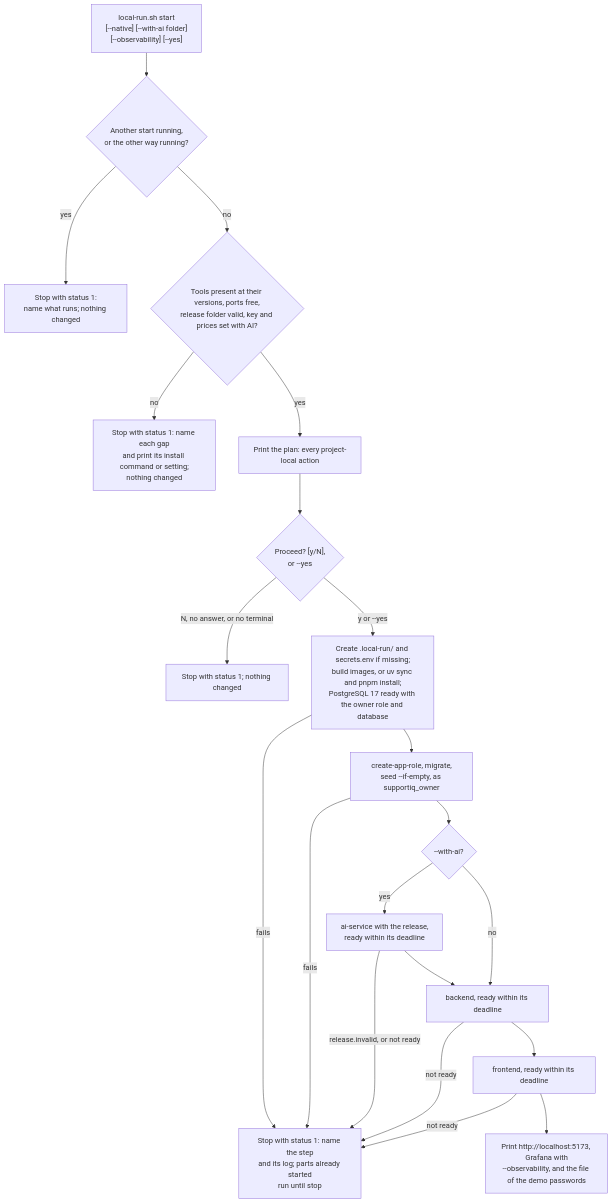
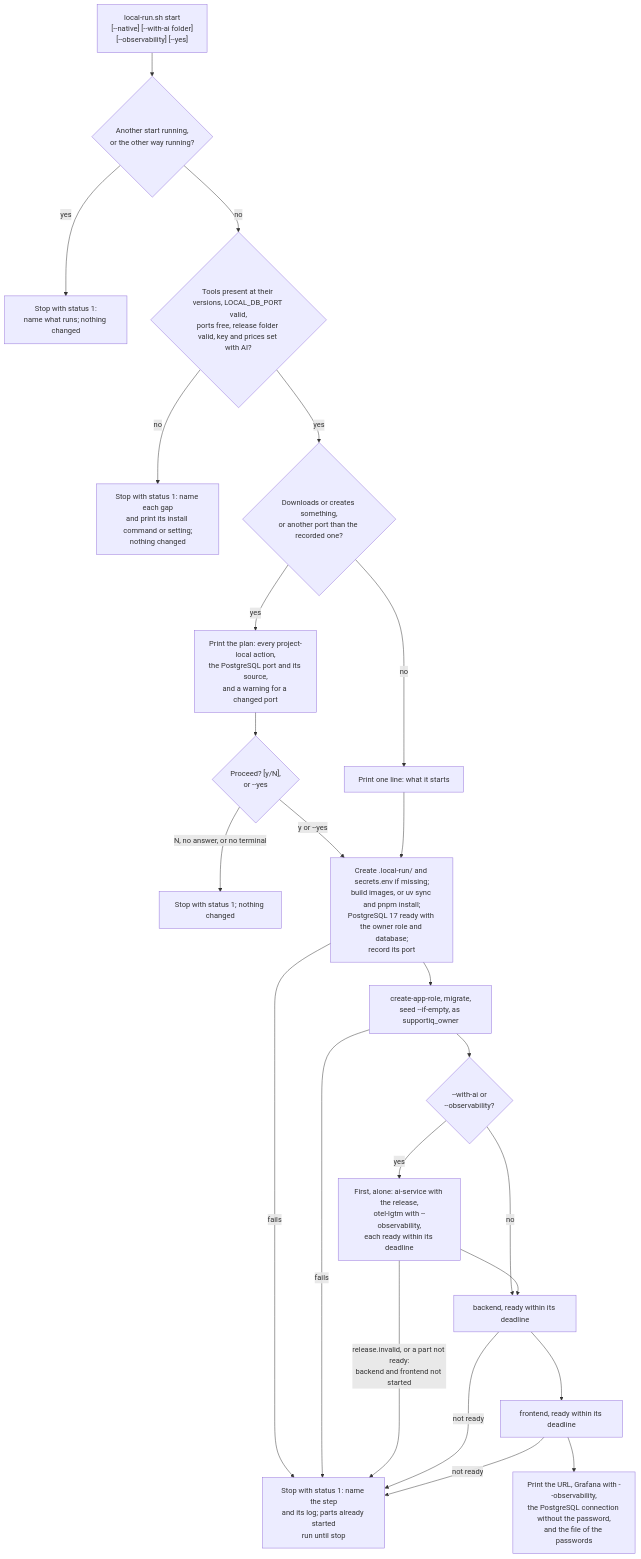
One commit to ml-system-design-nhom-5/SupportIQ changed the first of 2 diagrams in docs/design/local-run.md. Above: the diagram before and after it, drawn with Mermaid. The commit also changed other lines of this file and 26 other files, not shown here.

````diff
--- a/docs/design/local-run.md
+++ b/docs/design/local-run.md
@@ -130,23 +131,26 @@
 ```mermaid
 flowchart TD
     Start["local-run.sh start<br/>[--native] [--with-ai folder]<br/>[--observability] [--yes]"] --> Lock{"Another start running,<br/>or the other way running?"}
     Lock -->|"yes"| Busy["Stop with status 1:<br/>name what runs; nothing changed"]
-    Lock -->|"no"| Pre{"Tools present at their versions, ports free,<br/>release folder valid, key and prices set with AI?"}
+    Lock -->|"no"| Pre{"Tools present at their versions, LOCAL_DB_PORT valid,<br/>ports free, release folder valid, key and prices set with AI?"}
     Pre -->|"no"| Missing["Stop with status 1: name each gap<br/>and print its install command or setting;<br/>nothing changed"]
-    Pre -->|"yes"| Plan["Print the plan: every project-local action"]
+    Pre -->|"yes"| Due{"Downloads or creates something,<br/>or another port than the recorded one?"}
+    Due -->|"no"| Line["Print one line: what it starts"]
+    Due -->|"yes"| Plan["Print the plan: every project-local action,<br/>the PostgreSQL port and its source,<br/>and a warning for a changed port"]
     Plan --> Ask{"Proceed? [y/N],<br/>or --yes"}
     Ask -->|"N, no answer, or no terminal"| Declined["Stop with status 1; nothing changed"]
-    Ask -->|"y or --yes"| Db["Create .local-run/ and secrets.env if missing;<br/>build images, or uv sync and pnpm install;<br/>PostgreSQL 17 ready with the owner role and database"]
+    Ask -->|"y or --yes"| Db["Create .local-run/ and secrets.env if missing;<br/>build images, or uv sync and pnpm install;<br/>PostgreSQL 17 ready with the owner role and database;<br/>record its port"]
+    Line --> Db
     Db -->|"fails"| PartFail["Stop with status 1: name the step<br/>and its log; parts already started<br/>run until stop"]
     Db --> Setup["create-app-role, migrate,<br/>seed --if-empty, as supportiq_owner"]
     Setup -->|"fails"| PartFail
-    Setup --> Mode{"--with-ai?"}
-    Mode -->|"yes"| Ai["ai-service with the release,<br/>ready within its deadline"]
-    Ai -->|"release.invalid, or not ready"| PartFail
+    Setup --> Mode{"--with-ai or<br/>--observability?"}
+    Mode -->|"yes"| Ai["First, alone: ai-service with the release,<br/>otel-lgtm with --observability,<br/>each ready within its deadline"]
+    Ai -->|"release.invalid, or a part not ready:<br/>backend and frontend not started"| PartFail
     Mode -->|"no"| Be["backend, ready within its deadline"]
     Ai --> Be
     Be -->|"not ready"| PartFail
     Be --> Fe["frontend, ready within its deadline"]
     Fe -->|"not ready"| PartFail
-    Fe --> Done["Print http://localhost:5173, Grafana with<br/>--observability, and the file of the demo passwords"]
+    Fe --> Done["Print the URL, Grafana with --observability,<br/>the PostgreSQL connection without the password,<br/>and the file of the passwords"]
 ```
````
